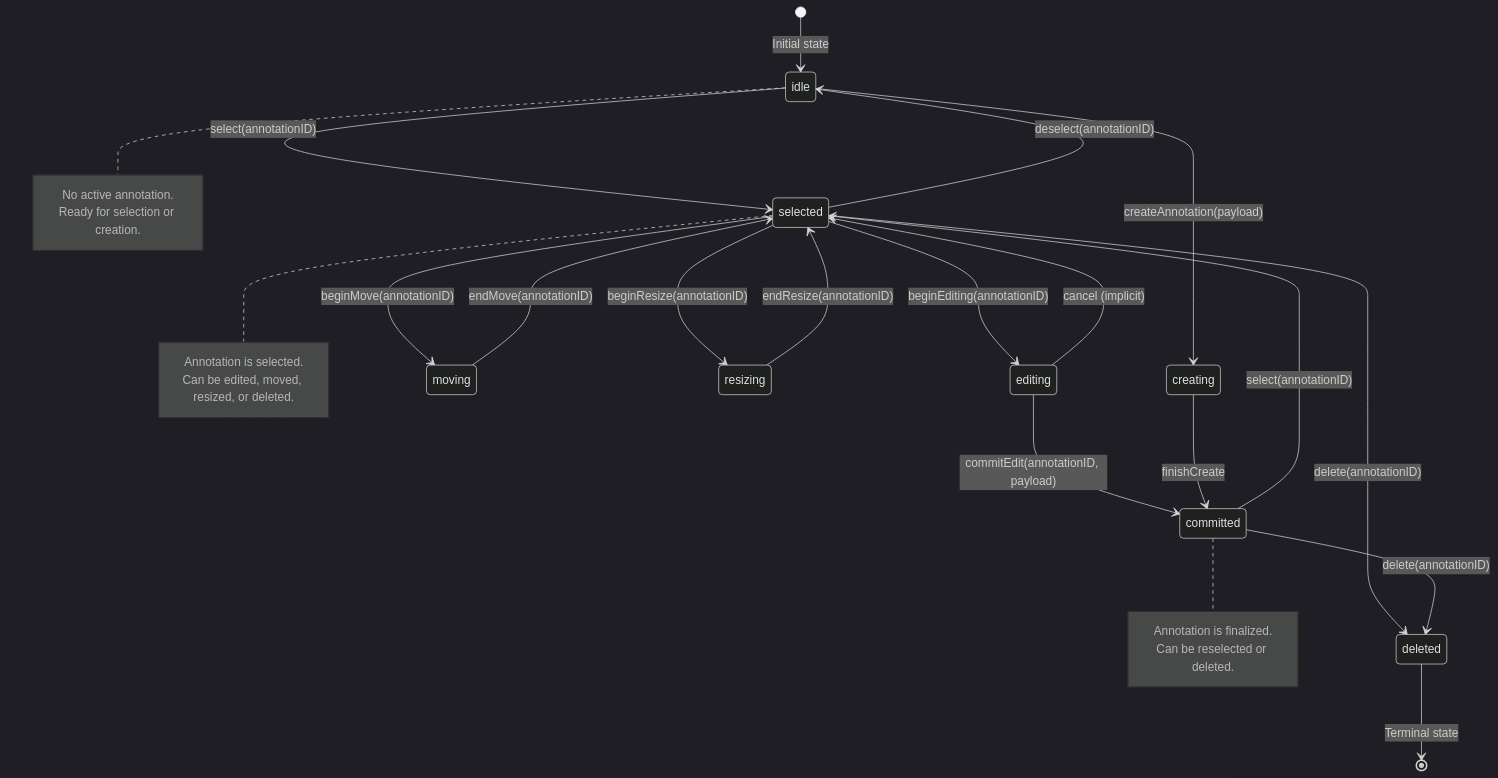
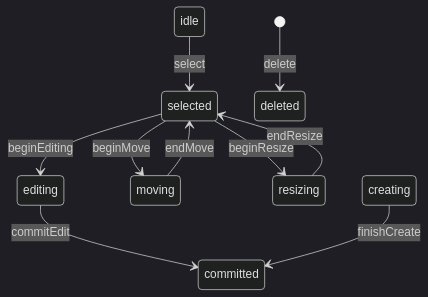
The third of 4 diagrams in README.md (Mikedan37/DocumentExampleApp), drawn with Mermaid (dark theme) before and after one commit. The commit also changed other lines of this file, not shown here.

````diff
--- a/README.md
+++ b/README.md
@@ -84,42 +113,23 @@
 ```mermaid
+
 stateDiagram-v2
-    [*] --> idle: Initial state
-    
-    idle --> selected: select(annotationID)
-    idle --> creating: createAnnotation(payload)
-    
-    selected --> editing: beginEditing(annotationID)
-    selected --> moving: beginMove(annotationID)
-    selected --> resizing: beginResize(annotationID)
-    selected --> deleted: delete(annotationID)
-    selected --> idle: deselect(annotationID)
-    
-    editing --> committed: commitEdit(annotationID, payload)
-    editing --> selected: cancel (implicit)
-    
-    moving --> selected: endMove(annotationID)
-    
-    resizing --> selected: endResize(annotationID)
-    
+
+    idle --> selected: select
+
+    selected --> editing: beginEditing
+
+    editing --> committed: commitEdit
+
+    selected --> moving: beginMove
+
+    moving --> selected: endMove
+
+    selected --> resizing: beginResize
+
+    resizing --> selected: endResize
+
     creating --> committed: finishCreate
-    
-    committed --> selected: select(annotationID)
-    committed --> deleted: delete(annotationID)
-    
-    deleted --> [*]: Terminal state
-    
-    note right of idle
-        No active annotation.
-        Ready for selection or creation.
-    end note
-    
-    note right of selected
-        Annotation is selected.
-        Can be edited, moved, resized, or deleted.
-    end note
-    
-    note right of committed
-        Annotation is finalized.
-        Can be reselected or deleted.
-    end note
+
+    [*] --> deleted: delete
+
 ```
````
